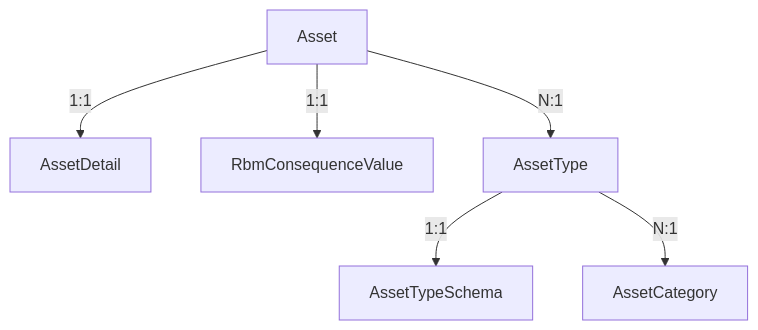
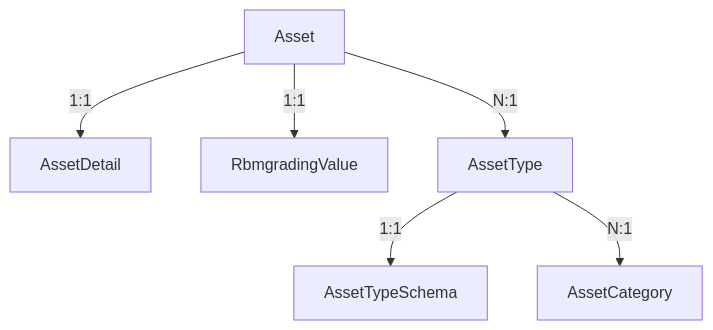
The first of 2 diagrams in plugins/mx-core-rbm/docs/asset-detail-guide.md (slametsampon/mx-core), drawn with Mermaid before and after one commit. The commit also changed other lines of this file and 42 other files, not shown here.

Commit message:
mx-core-rbm : re-structure models/asset and rbm

````diff
--- a/plugins/mx-core-rbm/docs/asset-detail-guide.md
+++ b/plugins/mx-core-rbm/docs/asset-detail-guide.md
@@ -260,8 +260,8 @@
 ```mermaid
 graph TD
   Asset -->|1:1| AssetDetail
-  Asset -->|1:1| RbmConsequenceValue
+  Asset -->|1:1| RbmgradingValue
   Asset -->|N:1| AssetType
   AssetType -->|1:1| AssetTypeSchema
   AssetType -->|N:1| AssetCategory
 ```
````
